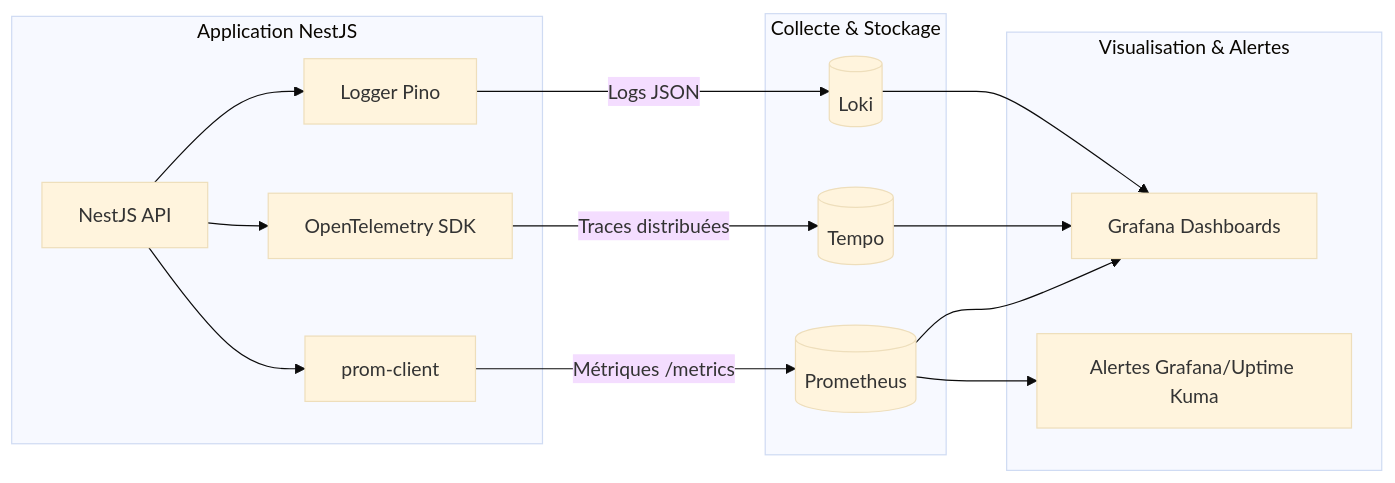
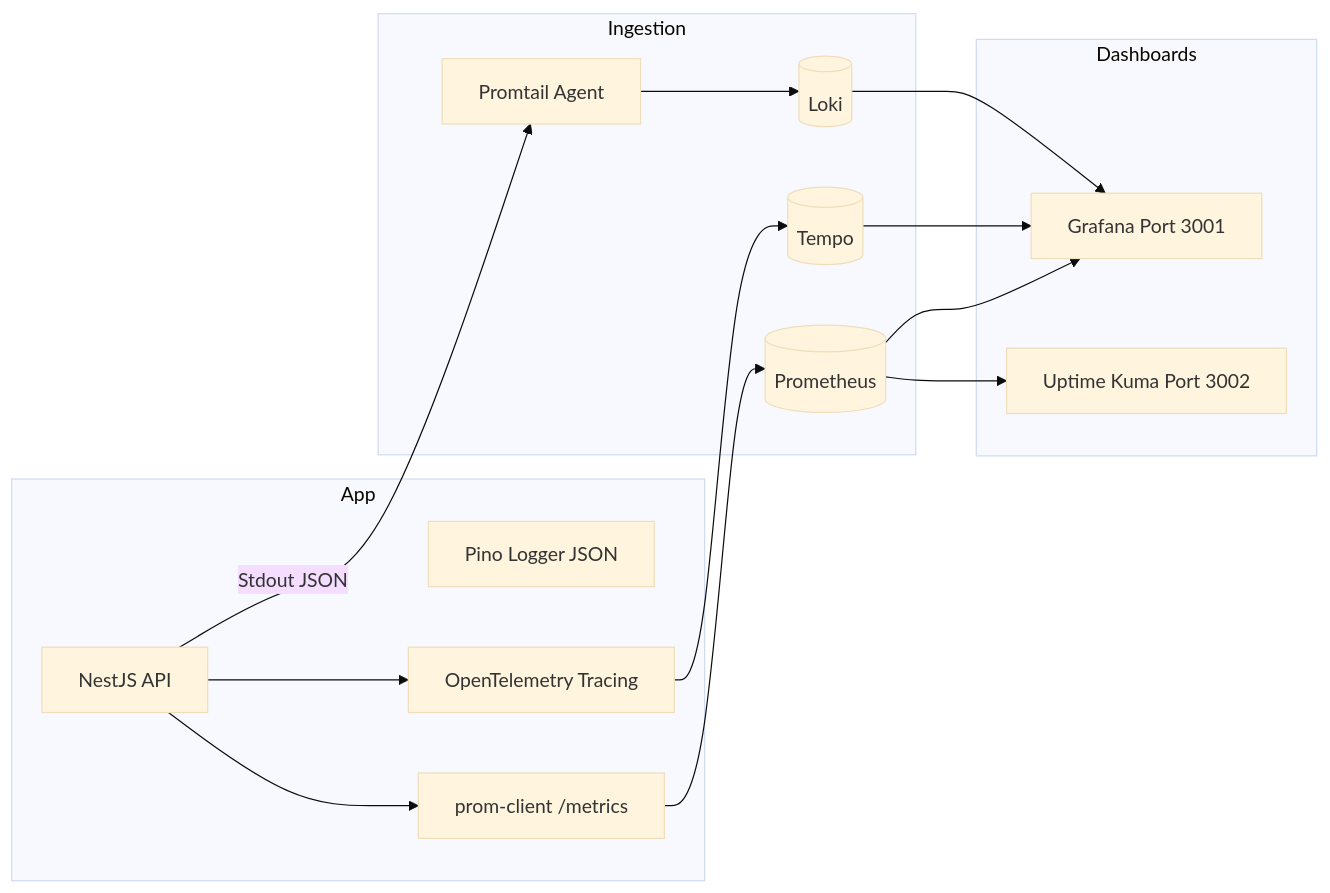
One commit to enockmigjr/Test-Backend-Telecom changed the ninth of 14 diagrams in docs/architecture-flows.md. Above: the diagram before and after it, drawn with Mermaid (base theme). The commit also changed other lines of this file and 9 other files, not shown here.

````diff
--- a/docs/architecture-flows.md
+++ b/docs/architecture-flows.md
@@ -209,33 +298,34 @@
 ```mermaid
 flowchart LR
-    subgraph "Application NestJS"
+    subgraph App
         API[NestJS API]
-        Pino[Logger Pino]
-        OTel[OpenTelemetry SDK]
-        PromClient[prom-client]
+        Pino[Pino Logger JSON]
+        OTel[OpenTelemetry Tracing]
+        PromClient[prom-client /metrics]
     end
 
-    subgraph "Collecte & Stockage"
+    subgraph Ingestion
+        Promtail[Promtail Agent]
         Loki[(Loki)]
         Tempo[(Tempo)]
         Prometheus[(Prometheus)]
     end
 
-    subgraph "Visualisation & Alertes"
-        Grafana[Grafana Dashboards]
-        Alerts[Alertes Grafana/Uptime Kuma]
+    subgraph Dashboards
+        Grafana[Grafana Port 3001]
+        Kuma[Uptime Kuma Port 3002]
     end
 
-    API --> Pino
+    API -->|Stdout JSON| Promtail
+    Promtail --> Loki
     API --> OTel
     API --> PromClient
 
-    Pino -->|Logs JSON| Loki
-    OTel -->|Traces distribuées| Tempo
-    PromClient -->|Métriques /metrics| Prometheus
+    OTel --> Tempo
+    PromClient --> Prometheus
 
     Loki --> Grafana
     Tempo --> Grafana
     Prometheus --> Grafana
-    Prometheus --> Alerts
+    Prometheus --> Kuma
 ```
````
